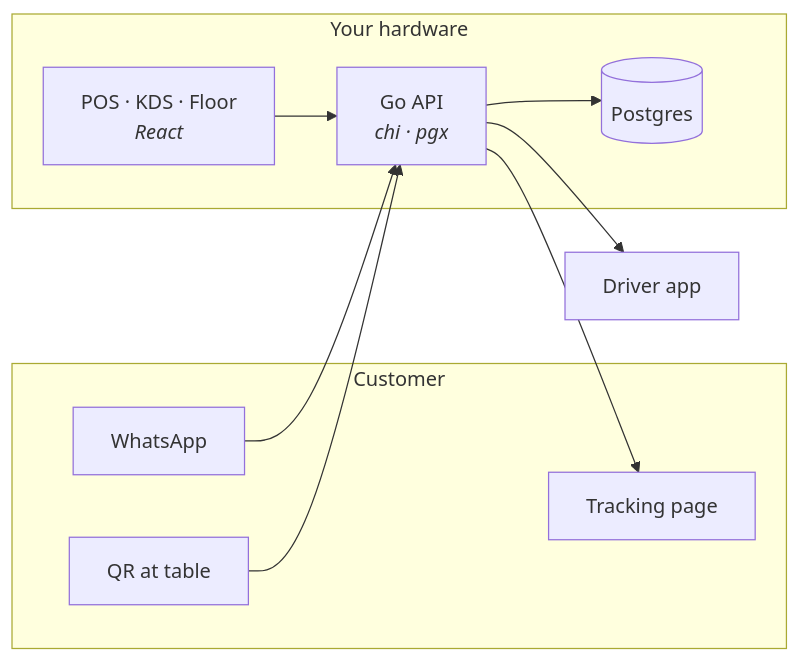
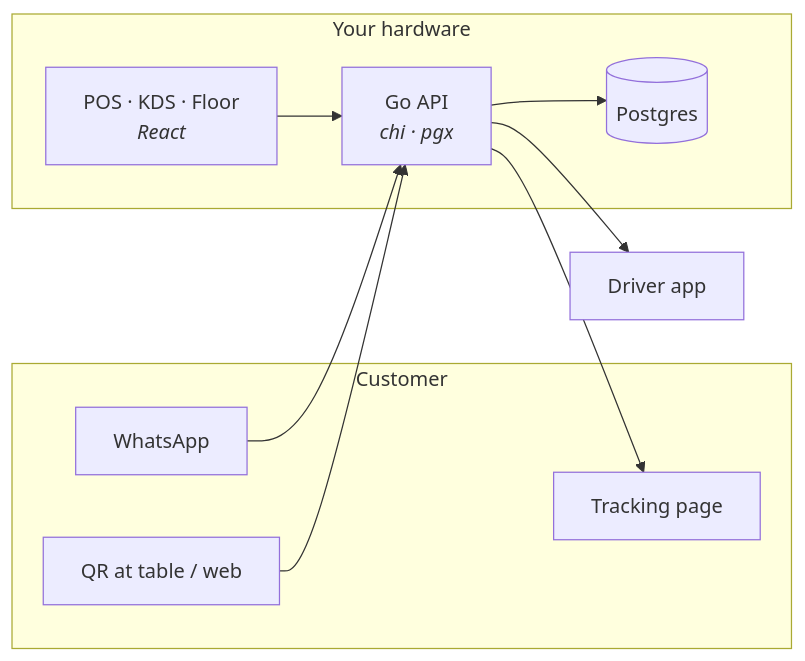
Before and after one commit to vul-os/beepbite: the diagram in README.md, drawn with Mermaid. The commit also changed other lines of this file and 22 other files, not shown here.

````diff
--- a/README.md
+++ b/README.md
@@ -120,20 +151,20 @@
 ```mermaid
 flowchart LR
   subgraph Customer
     W["WhatsApp"]
-    Q["QR at table"]
+    Q["QR at table / web"]
     T["Tracking page"]
   end
   subgraph "Your hardware"
     API["Go API<br/><i>chi · pgx</i>"]
     DB[("Postgres")]
     UI["POS · KDS · Floor<br/><i>React</i>"]
   end
   D["Driver app"]
   W --> API
   Q --> API
   UI --> API
   API --> DB
   API --> D
   API --> T
 ```
````
